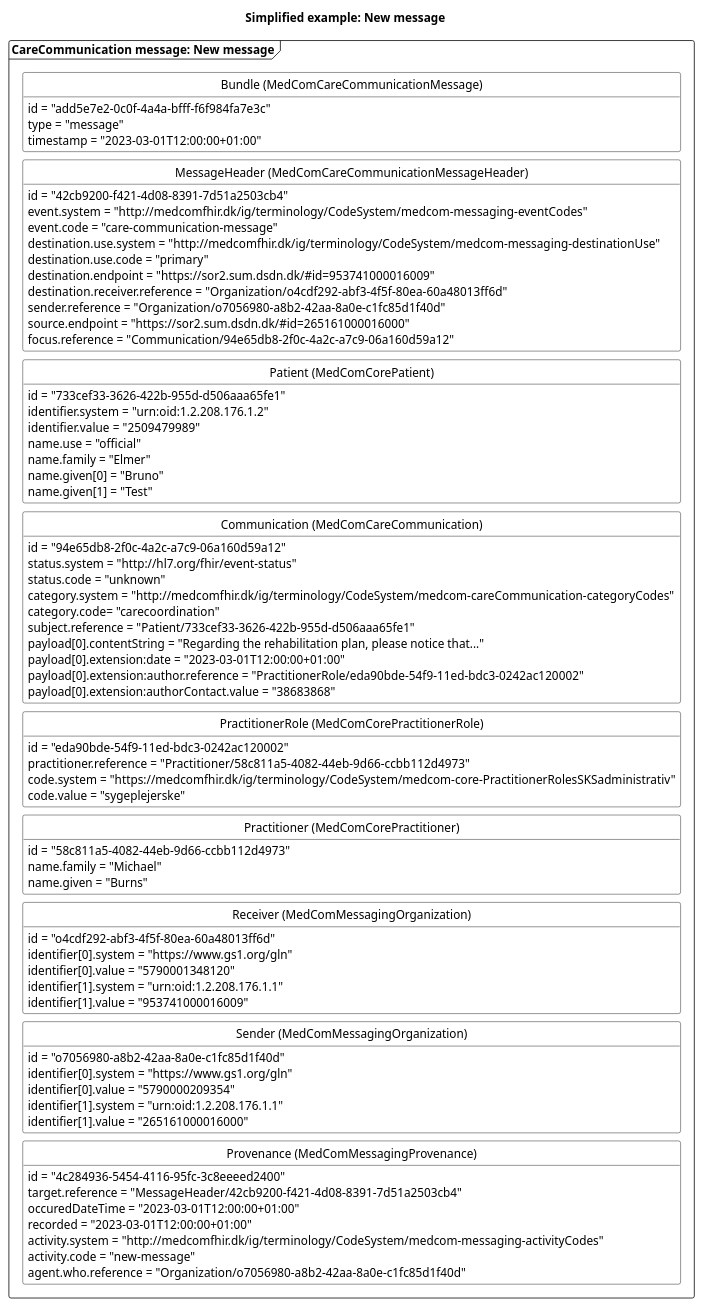
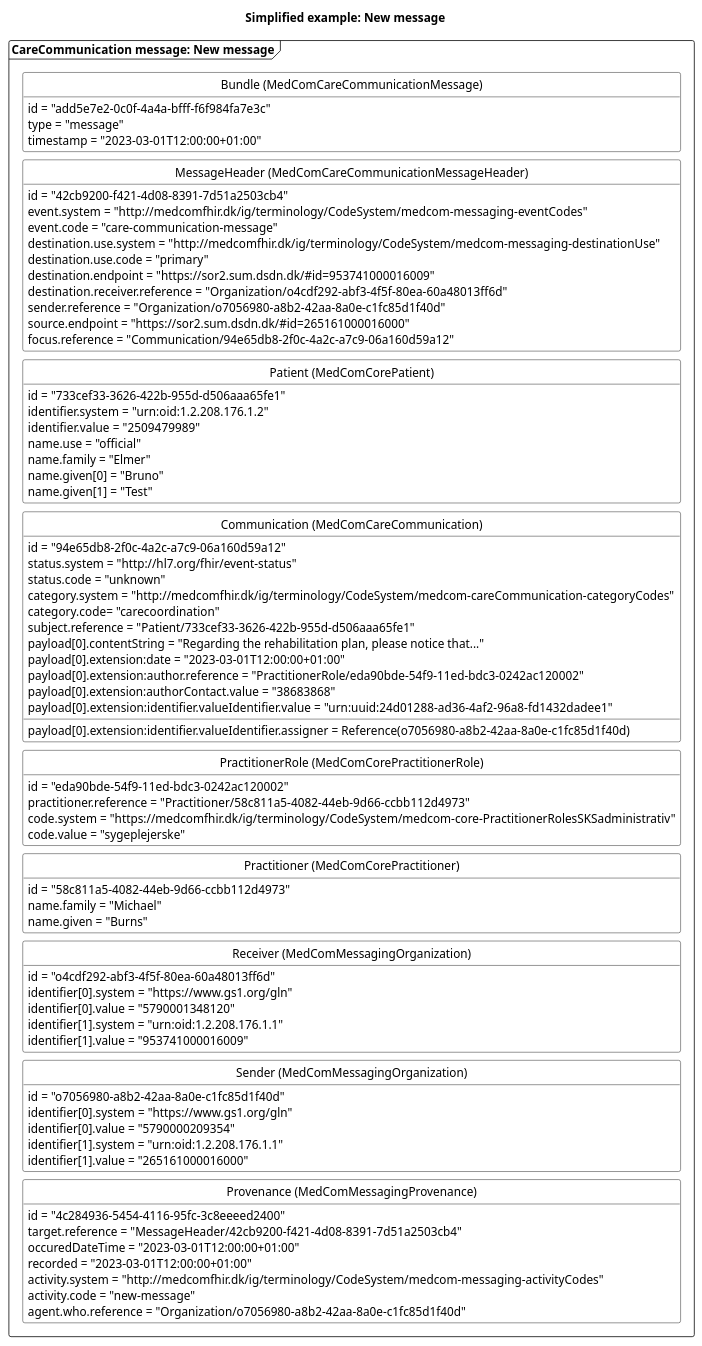
Before and after one commit to medcomdk/dk-medcom-carecommunication: the diagram in puml/CareCommunicationNewMessage.puml, drawn with PlantUML. The commit also changed 22 other files, not shown here.

```diff
--- a/puml/CareCommunicationNewMessage.puml
+++ b/puml/CareCommunicationNewMessage.puml
@@ -1,103 +1,105 @@
 @startuml CCNewMessage
 
 'layout
 skinparam class {
     BackgroundColor White
     BorderColor Black
     ArrowColor Black
   }
 hide circle
 hide empty members
 skinparam SameClassWidth true
 skinparam Ranksep 10
 
 
 'title
 title Simplified example: New message
 
 'Message 1: New message
 package "CareCommunication message: New message" as new <<Frame>>{
     class "Bundle (MedComCareCommunicationMessage)" as newB {
         id = "add5e7e2-0c0f-4a4a-bfff-f6f984fa7e3c"
         type = "message"
         timestamp = "2023-03-01T12:00:00+01:00"
     }
     class "MessageHeader (MedComCareCommunicationMessageHeader)" as newMH{
         id = "42cb9200-f421-4d08-8391-7d51a2503cb4"
         event.system = "http://medcomfhir.dk/ig/terminology/CodeSystem/medcom-messaging-eventCodes"
         event.code = "care-communication-message"
         destination.use.system = "http://medcomfhir.dk/ig/terminology/CodeSystem/medcom-messaging-destinationUse"
         destination.use.code = "primary"
         destination.endpoint = "https://sor2.sum.dsdn.dk/#id=953741000016009"
         destination.receiver.reference = "Organization/o4cdf292-abf3-4f5f-80ea-60a48013ff6d"
         sender.reference = "Organization/o7056980-a8b2-42aa-8a0e-c1fc85d1f40d"
         source.endpoint = "https://sor2.sum.dsdn.dk/#id=265161000016000"
         focus.reference = "Communication/94e65db8-2f0c-4a2c-a7c9-06a160d59a12"
     }
     class "Patient (MedComCorePatient)" as newPT{
         id = "733cef33-3626-422b-955d-d506aaa65fe1"
         identifier.system = "urn:oid:1.2.208.176.1.2"
         identifier.value = "2509479989"
         name.use = "official"
         name.family = "Elmer"
         name.given[0] = "Bruno"
         name.given[1] = "Test"
     }
     class "Communication (MedComCareCommunication)" as newCom{
         id = "94e65db8-2f0c-4a2c-a7c9-06a160d59a12"
         status.system = "http://hl7.org/fhir/event-status" 
         status.code = "unknown"
         category.system = "http://medcomfhir.dk/ig/terminology/CodeSystem/medcom-careCommunication-categoryCodes"
         category.code= "carecoordination"
         subject.reference = "Patient/733cef33-3626-422b-955d-d506aaa65fe1"
         payload[0].contentString = "Regarding the rehabilitation plan, please notice that..."
         payload[0].extension:date = "2023-03-01T12:00:00+01:00"
         payload[0].extension:author.reference = "PractitionerRole/eda90bde-54f9-11ed-bdc3-0242ac120002"
         payload[0].extension:authorContact.value = "38683868"
+        payload[0].extension:identifier.valueIdentifier.value = "urn:uuid:24d01288-ad36-4af2-96a8-fd1432dadee1"
+        payload[0].extension:identifier.valueIdentifier.assigner = Reference(o7056980-a8b2-42aa-8a0e-c1fc85d1f40d)
     }
     class "PractitionerRole (MedComCorePractitionerRole)" as newPracR{
         id = "eda90bde-54f9-11ed-bdc3-0242ac120002"
         practitioner.reference = "Practitioner/58c811a5-4082-44eb-9d66-ccbb112d4973"
         code.system = "https://medcomfhir.dk/ig/terminology/CodeSystem/medcom-core-PractitionerRolesSKSadministrativ"
         code.value = "sygeplejerske"
     }
     class "Practitioner (MedComCorePractitioner)" as newPrac{
         id = "58c811a5-4082-44eb-9d66-ccbb112d4973"
         name.family = "Michael"
         name.given = "Burns"
     }
     class "Receiver (MedComMessagingOrganization)" as newROrg{
         id = "o4cdf292-abf3-4f5f-80ea-60a48013ff6d"
         identifier[0].system = "https://www.gs1.org/gln"
         identifier[0].value = "5790001348120"
         identifier[1].system = "urn:oid:1.2.208.176.1.1"
         identifier[1].value = "953741000016009"
     }
     class "Sender (MedComMessagingOrganization)" as newSOrg{
         id = "o7056980-a8b2-42aa-8a0e-c1fc85d1f40d"
         identifier[0].system = "https://www.gs1.org/gln"
         identifier[0].value = "5790000209354"
         identifier[1].system = "urn:oid:1.2.208.176.1.1"
         identifier[1].value = "265161000016000"
     }
     class "Provenance (MedComMessagingProvenance)" as newPRO{
         id = "4c284936-5454-4116-95fc-3c8eeeed2400"
         target.reference = "MessageHeader/42cb9200-f421-4d08-8391-7d51a2503cb4"
         occuredDateTime = "2023-03-01T12:00:00+01:00"
         recorded = "2023-03-01T12:00:00+01:00"
         activity.system = "http://medcomfhir.dk/ig/terminology/CodeSystem/medcom-messaging-activityCodes"
         activity.code = "new-message"
         agent.who.reference = "Organization/o7056980-a8b2-42aa-8a0e-c1fc85d1f40d"
     }
 
 newB -[hidden]- newMH
 newMH -[hidden]-newPT
 newPT-[hidden]-newCom
 newCom -[hidden]-newPracR
 newPracR-[hidden]-newPrac
 newPrac-[hidden]-newROrg
 newROrg-[hidden]- newSOrg
 newSOrg-[hidden]-newPRO
 
 
 @enduml
```
